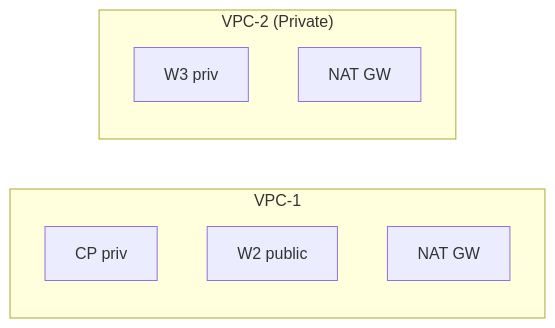
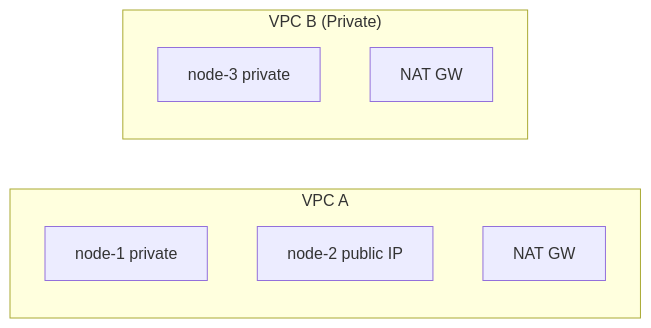
Before and after one commit to inerplat/wirekube: the second of 6 diagrams in docs/operations/topologies.md, drawn with Mermaid. The commit also changed other lines of this file and 20 other files, not shown here.

````diff
--- a/docs/operations/topologies.md
+++ b/docs/operations/topologies.md
@@ -41,12 +41,12 @@
 ```mermaid
 flowchart LR
-    subgraph VPC1["VPC-1"]
-        CP[CP priv]
-        W2[W2 public]
+    subgraph VPC1["VPC A"]
+        N1[node-1 private]
+        N2[node-2 public IP]
         NAT1[NAT GW]
     end
-    subgraph VPC2["VPC-2 (Private)"]
-        W3[W3 priv]
+    subgraph VPC2["VPC B (Private)"]
+        N3[node-3 private]
         NAT2[NAT GW]
     end
 ```
````
